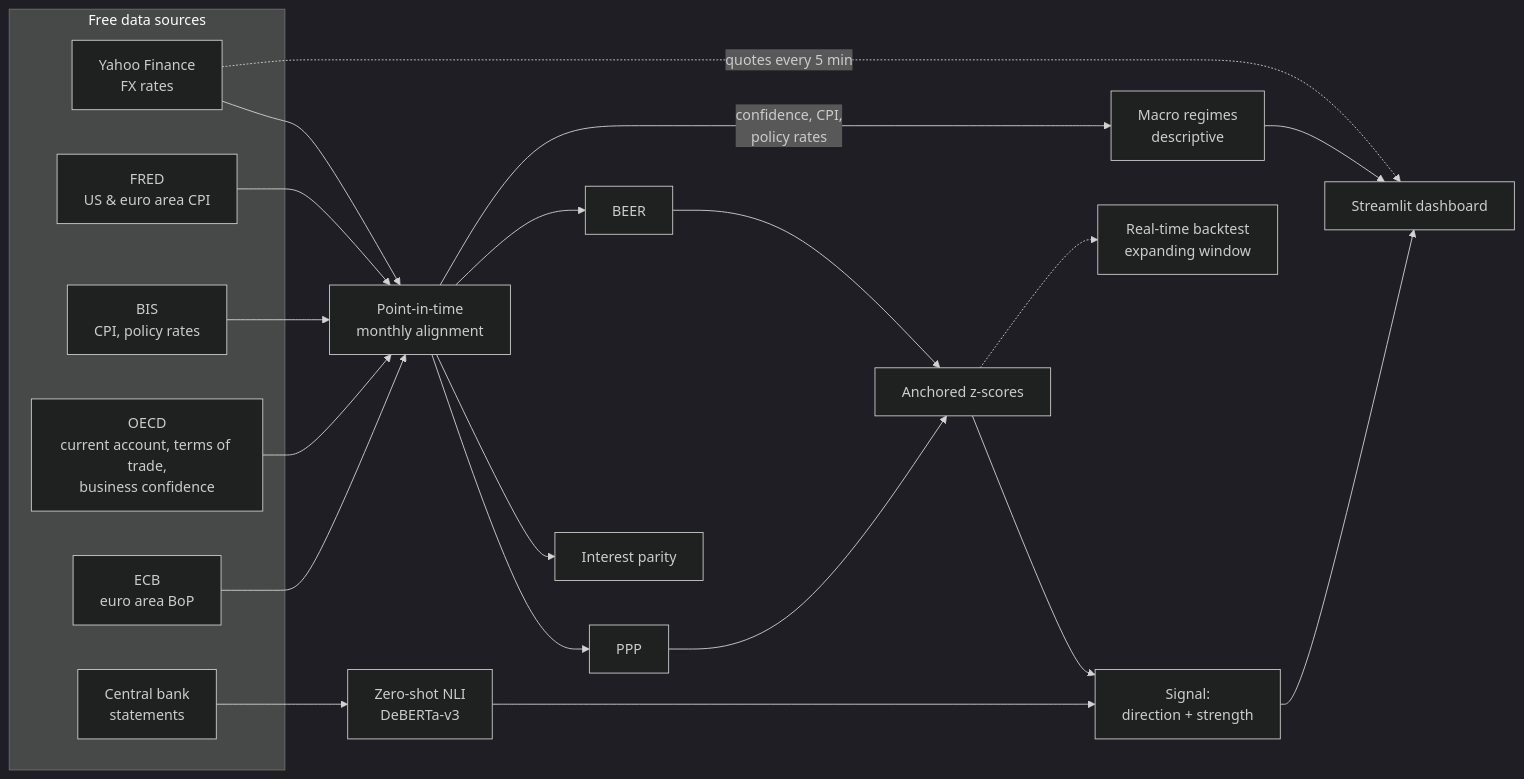
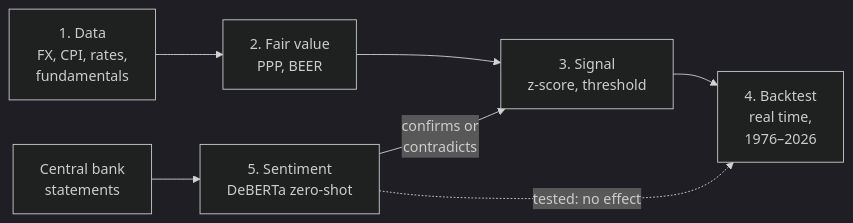
Before and after one commit to alabienlecouz/macro-sentiment: the diagram in README.md, drawn with Mermaid (dark theme). The commit also changed other lines of this file and 31 other files, not shown here.

First line of the commit message:
Évaluation des fair values sur 50 ans, backtest du sentiment et du machine learning

````diff
--- a/README.md
+++ b/README.md
@@ -58,21 +62,9 @@
 ```mermaid
 flowchart LR
-    subgraph Free data sources
-        YF[Yahoo Finance<br/>FX rates]
-        FRED[FRED<br/>US & euro area CPI]
-        BIS[BIS<br/>CPI, policy rates]
-        OECD[OECD<br/>current account, terms of trade,<br/>business confidence]
-        ECB[ECB<br/>euro area BoP]
-        CB[Central bank<br/>statements]
-    end
-    YF & FRED & BIS & OECD & ECB --> A[Point-in-time<br/>monthly alignment]
-    A --> PPP[PPP] & IRP[Interest parity] & BEER[BEER]
-    PPP & BEER --> Z[Anchored z-scores]
-    CB --> NLI[Zero-shot NLI<br/>DeBERTa-v3]
-    Z & NLI --> S[Signal:<br/>direction + strength]
-    S --> D[Streamlit dashboard]
-    A -->|confidence, CPI,<br/>policy rates| R[Macro regimes<br/>descriptive]
-    R --> D
-    Z -.-> BT[Real-time backtest<br/>expanding window]
-    YF -. quotes every 5 min .-> D
+    D[1. Data<br/>FX, CPI, rates,<br/>fundamentals] --> FV[2. Fair value<br/>PPP, BEER]
+    FV --> S[3. Signal<br/>z-score, threshold]
+    S --> BT[4. Backtest<br/>real time,<br/>1976–2026]
+    CB[Central bank<br/>statements] --> NLI[5. Sentiment<br/>DeBERTa zero-shot]
+    NLI -->|confirms or<br/>contradicts| S
+    NLI -.->|tested: no effect| BT
 ```
````
